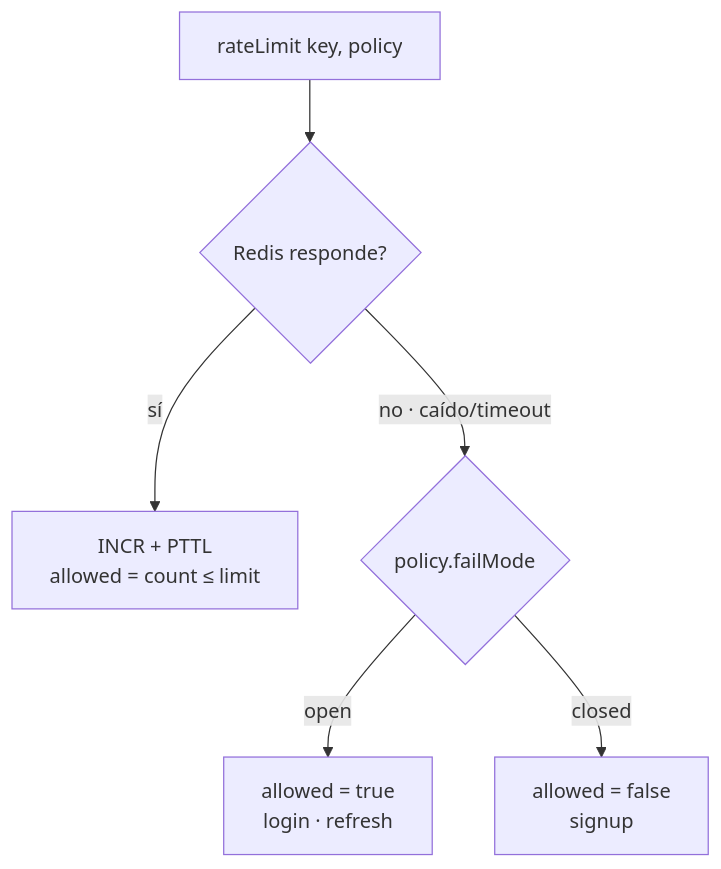
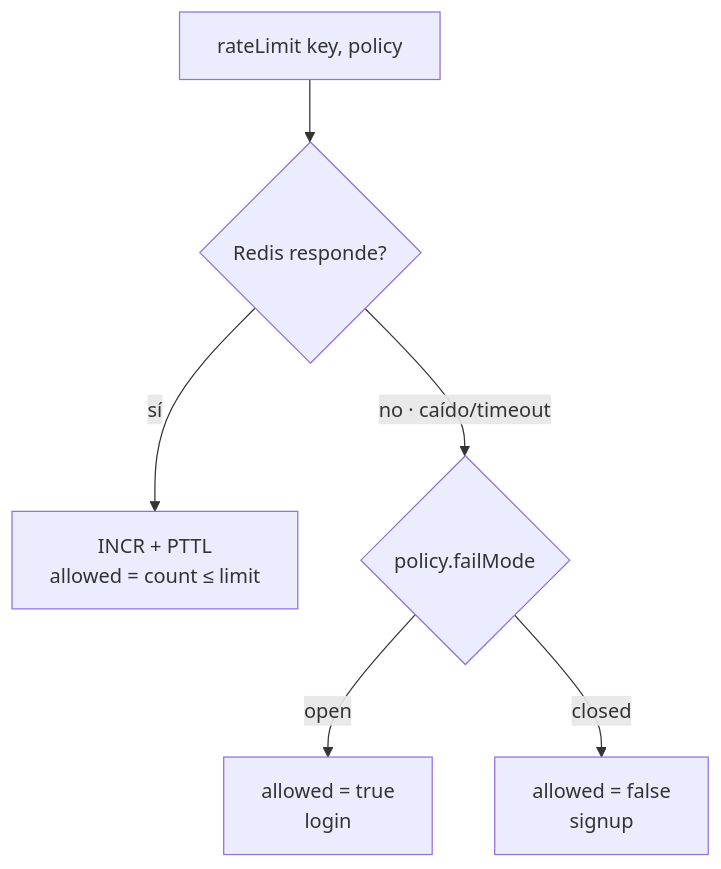
One commit to agustisera1/bookings_app changed the diagram in docs/architecture/RATE_LIMITING.md. Above: the diagram before and after it, drawn with Mermaid. The commit also changed other lines of this file and 12 other files, not shown here.

````diff
--- a/docs/architecture/RATE_LIMITING.md
+++ b/docs/architecture/RATE_LIMITING.md
@@ -131,8 +130,8 @@
 ```mermaid
 flowchart TD
     A[rateLimit key, policy] --> B{Redis responde?}
     B -->|sí| C[INCR + PTTL<br/>allowed = count ≤ limit]
     B -->|no · caído/timeout| D{policy.failMode}
-    D -->|open| E[allowed = true<br/>login · refresh]
+    D -->|open| E[allowed = true<br/>login]
     D -->|closed| F[allowed = false<br/>signup]
 ```
````
